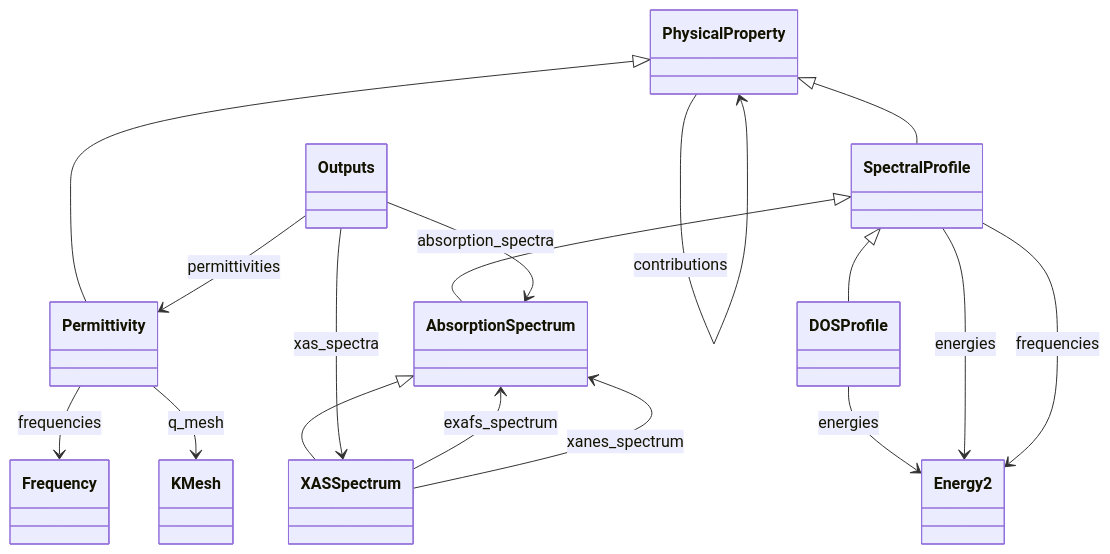
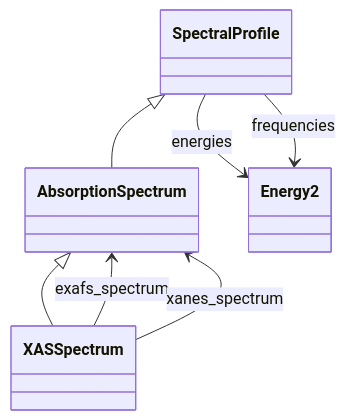
One commit to FAIRmat-NFDI/nomad-simulations changed the first of 2 diagrams in docs/schema/spectroscopy.diagram.md. Above: the diagram before and after it, drawn with Mermaid. The commit also changed other lines of this file and 104 other files, not shown here.

Commit message:
new verticals, new logic for filtering in diagrams, auto docs generation dev docs

````diff
--- a/docs/schema/spectroscopy.diagram.md
+++ b/docs/schema/spectroscopy.diagram.md
@@ -16,39 +16,17 @@
 ```mermaid
 classDiagram
     class AbsorptionSpectrum {
     }
-    class DOSProfile {
-    }
     class Energy2 {
-    }
-    class Frequency {
-    }
-    class KMesh {
-    }
-    class Outputs {
-    }
-    class Permittivity {
-    }
-    class PhysicalProperty {
     }
     class SpectralProfile {
     }
     class XASSpectrum {
     }
     SpectralProfile <|-- AbsorptionSpectrum
-    SpectralProfile <|-- DOSProfile
-    PhysicalProperty <|-- Permittivity
-    PhysicalProperty <|-- SpectralProfile
     AbsorptionSpectrum <|-- XASSpectrum
-    DOSProfile --> Energy2 : energies
-    Outputs --> AbsorptionSpectrum : absorption_spectra
-    Outputs --> Permittivity : permittivities
-    Outputs --> XASSpectrum : xas_spectra
-    Permittivity --> Frequency : frequencies
-    Permittivity --> KMesh : q_mesh
-    PhysicalProperty --> PhysicalProperty : contributions
     SpectralProfile --> Energy2 : energies
     SpectralProfile --> Energy2 : frequencies
     XASSpectrum --> AbsorptionSpectrum : exafs_spectrum
     XASSpectrum --> AbsorptionSpectrum : xanes_spectrum
 ```
````
